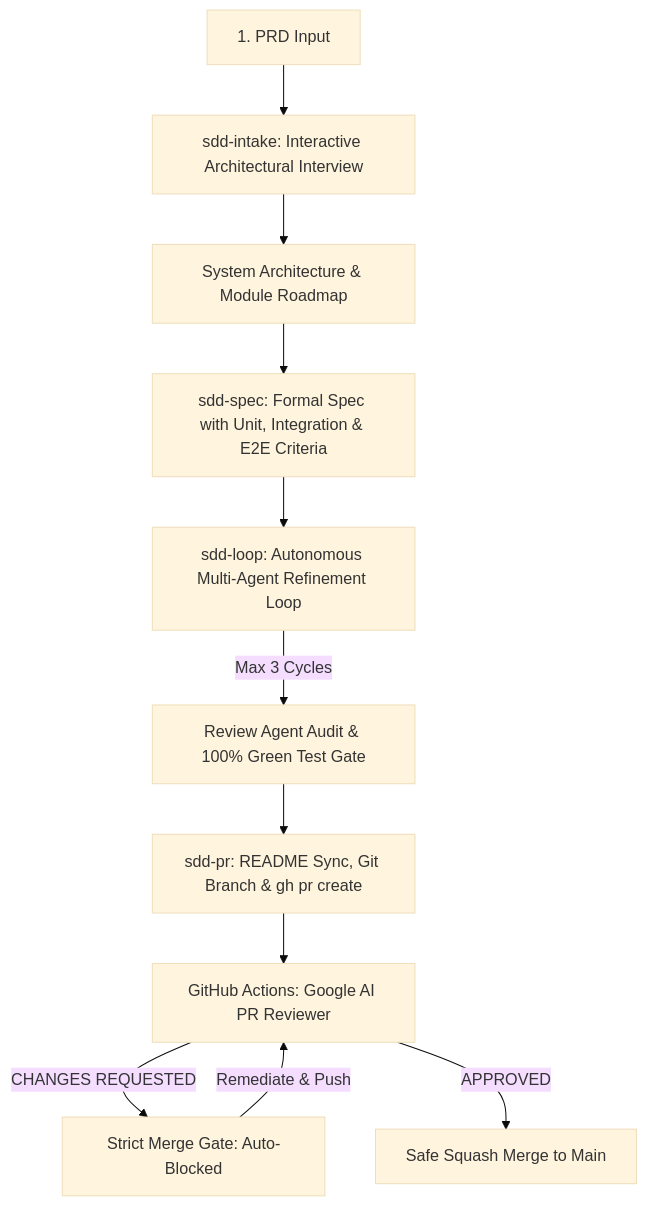
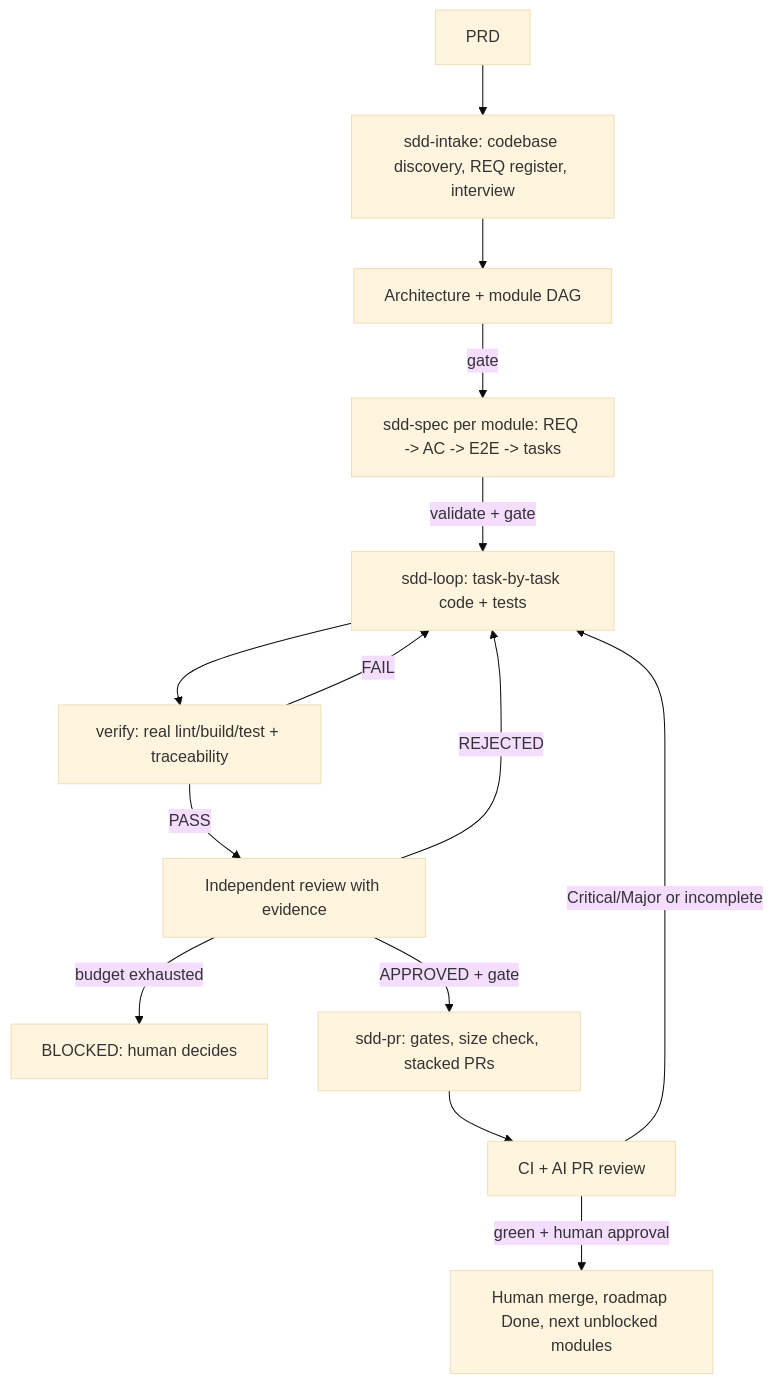
Before and after one commit to akazad13/sdlc-workflow-automate: the diagram in README.md, drawn with Mermaid (base theme). The commit also changed other lines of this file and 20 other files, not shown here.

````diff
--- a/README.md
+++ b/README.md
@@ -132,13 +157,16 @@
 ```mermaid
 flowchart TD
-    A[1. PRD Input] --> B[sdd-intake: Interactive Architectural Interview]
-    B --> C[System Architecture & Module Roadmap]
-    C --> D[sdd-spec: Formal Spec with Unit, Integration & E2E Criteria]
-    D --> E[sdd-loop: Autonomous Multi-Agent Refinement Loop]
-    E -->|Max 3 Cycles| F[Review Agent Audit & 100% Green Test Gate]
-    F --> G[sdd-pr: README Sync, Git Branch & gh pr create]
-    G --> H[GitHub Actions: Google AI PR Reviewer]
-    H -->|CHANGES REQUESTED| I[Strict Merge Gate: Auto-Blocked]
-    I -->|Remediate & Push| H
-    H -->|APPROVED| J[Safe Squash Merge to Main]
+    A[PRD] --> B[sdd-intake: codebase discovery, REQ register, interview]
+    B --> C[Architecture + module DAG]
+    C -->|gate| D[sdd-spec per module: REQ -> AC -> E2E -> tasks]
+    D -->|validate + gate| E[sdd-loop: task-by-task code + tests]
+    E --> V[verify: real lint/build/test + traceability]
+    V -->|FAIL| E
+    V -->|PASS| R[Independent review with evidence]
+    R -->|REJECTED| E
+    R -->|budget exhausted| X[BLOCKED: human decides]
+    R -->|APPROVED + gate| F[sdd-pr: gates, size check, stacked PRs]
+    F --> G[CI + AI PR review]
+    G -->|Critical/Major or incomplete| E
+    G -->|green + human approval| H[Human merge, roadmap Done, next unblocked modules]
 ```
````
